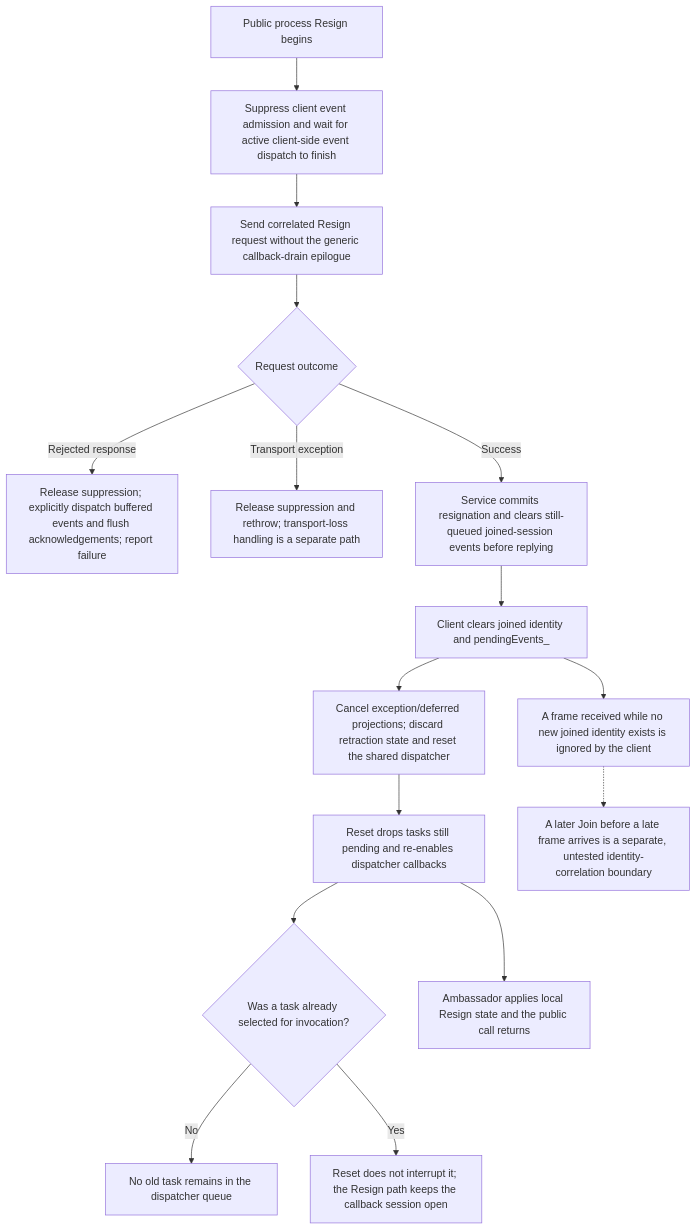
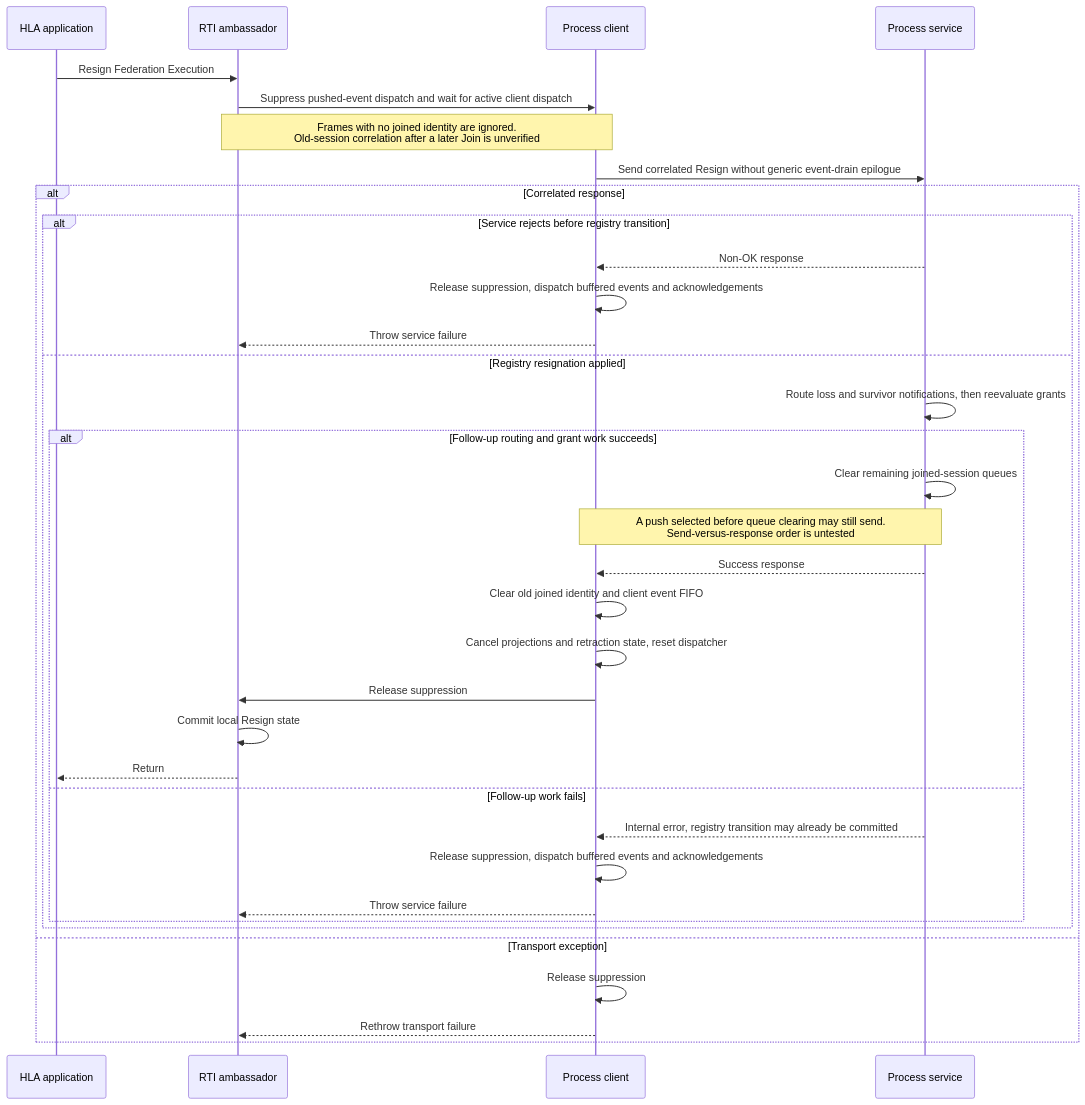
Diagram 23 of 26 in docs/design/HLA-2025-CALLBACK-AND-SERVICE-ORDERING-FLOW-GUIDE.md (sheepfling/umbra), drawn with Mermaid before and after one commit. The commit also changed other lines of this file and 36 other files, not shown here.

````diff
--- a/docs/design/HLA-2025-CALLBACK-AND-SERVICE-ORDERING-FLOW-GUIDE.md
+++ b/docs/design/HLA-2025-CALLBACK-AND-SERVICE-ORDERING-FLOW-GUIDE.md
@@ -1497,18 +1757,38 @@
 ```mermaid
-flowchart TD
-  A["Public process Resign begins"] --> B["Suppress client event admission and wait for active client-side event dispatch to finish"]
-  B --> C["Send correlated Resign request without the generic callback-drain epilogue"]
-  C --> D{"Request outcome"}
-  D -->|Rejected response| R["Release suppression; explicitly dispatch buffered events and flush acknowledgements; report failure"]
-  D -->|Transport exception| X["Release suppression and rethrow; transport-loss handling is a separate path"]
-  D -->|Success| S["Service commits resignation and clears still-queued joined-session events before replying"]
-  S --> E["Client clears joined identity and pendingEvents_"]
-  E --> F["Cancel exception/deferred projections; discard retraction state and reset the shared dispatcher"]
-  F --> G["Reset drops tasks still pending and re-enables dispatcher callbacks"]
-  G --> H{"Was a task already selected for invocation?"}
-  H -->|No| I["No old task remains in the dispatcher queue"]
-  H -->|Yes| J["Reset does not interrupt it; the Resign path keeps the callback session open"]
-  G --> K["Ambassador applies local Resign state and the public call returns"]
-  E --> L["A frame received while no new joined identity exists is ignored by the client"]
-  L -.-> M["A later Join before a late frame arrives is a separate, untested identity-correlation boundary"]
+sequenceDiagram
+  participant App as HLA application
+  participant RTI as RTI ambassador
+  participant Client as Process client
+  participant Service as Process service
+
+  App->>RTI: Resign Federation Execution
+  RTI->>Client: Suppress pushed-event dispatch and wait for active client dispatch
+  Note over RTI,Client: Frames with no joined identity are ignored.<br/>Old-session correlation after a later Join is unverified
+  Client->>Service: Send correlated Resign without generic event-drain epilogue
+  alt Correlated response
+    alt Service rejects before registry transition
+      Service-->>Client: Non-OK response
+      Client->>Client: Release suppression, dispatch buffered events and acknowledgements
+      Client-->>RTI: Throw service failure
+    else Registry resignation applied
+      Service->>Service: Route loss and survivor notifications, then reevaluate grants
+      alt Follow-up routing and grant work succeeds
+        Service->>Service: Clear remaining joined-session queues
+        Note over Client,Service: A push selected before queue clearing may still send.<br/>Send-versus-response order is untested
+        Service-->>Client: Success response
+        Client->>Client: Clear old joined identity and client event FIFO
+        Client->>Client: Cancel projections and retraction state, reset dispatcher
+        Client->>RTI: Release suppression
+        RTI->>RTI: Commit local Resign state
+        RTI-->>App: Return
+      else Follow-up work fails
+        Service-->>Client: Internal error, registry transition may already be committed
+        Client->>Client: Release suppression, dispatch buffered events and acknowledgements
+        Client-->>RTI: Throw service failure
+      end
+    end
+  else Transport exception
+    Client->>Client: Release suppression
+    Client-->>RTI: Rethrow transport failure
+  end
 ```
````
